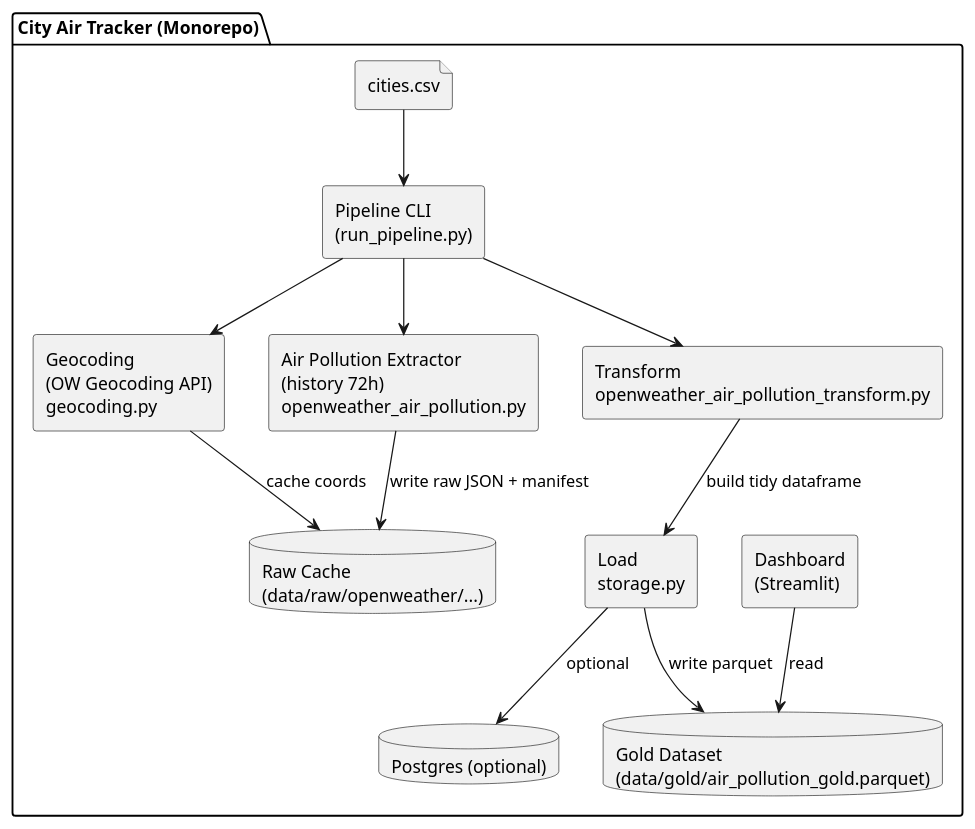
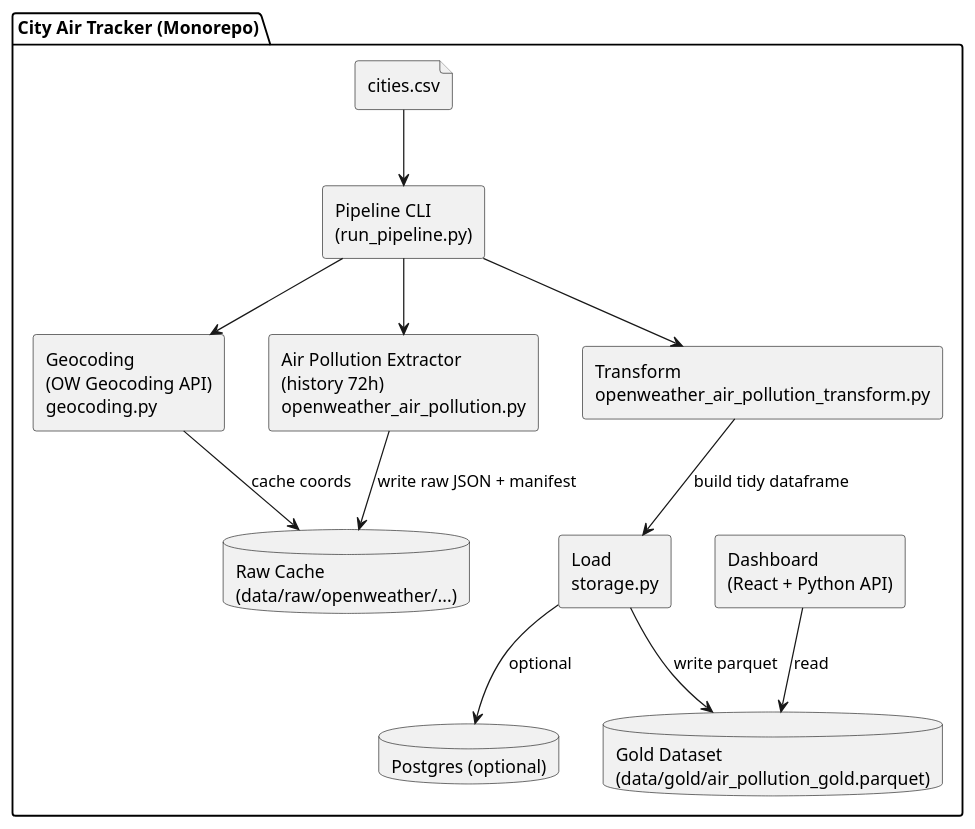
Before and after one commit to Code-the-Dream-School/practicum-city-air-tracker: the first of 2 diagrams in docs/architecture.md, drawn with PlantUML. The commit also changed 17 other files, not shown here.

Commit message:
AIR-007.1 Migrate dashboard from Streamlit to React

````diff
--- a/docs/architecture.md
+++ b/docs/architecture.md
@@ -5,30 +5,30 @@
 ```plantuml
 @startuml
 skinparam componentStyle rectangle
 
 package "City Air Tracker (Monorepo)" {
   [Pipeline CLI\n(run_pipeline.py)] as cli
   component "Geocoding\n(OW Geocoding API)\ngeocoding.py" as geo
   component "Air Pollution Extractor\n(history 72h)\nopenweather_air_pollution.py" as ex
   component "Transform\nopenweather_air_pollution_transform.py" as tr
   component "Load\nstorage.py" as ld
   database "Raw Cache\n(data/raw/openweather/...)" as raw
   database "Gold Dataset\n(data/gold/air_pollution_gold.parquet)" as gold
   database "Postgres (optional)" as pg
-  component "Dashboard\n(Streamlit)" as dash
+  component "Dashboard\n(React + Python API)" as dash
   file "cities.csv" as cities
 }
 
 cities --> cli
 cli --> geo
 geo --> raw : cache coords
 cli --> ex
 ex --> raw : write raw JSON + manifest
 cli --> tr
 tr --> ld : build tidy dataframe
 ld --> gold : write parquet
 ld --> pg : optional
 dash --> gold : read
 
 @enduml
 ```
````
